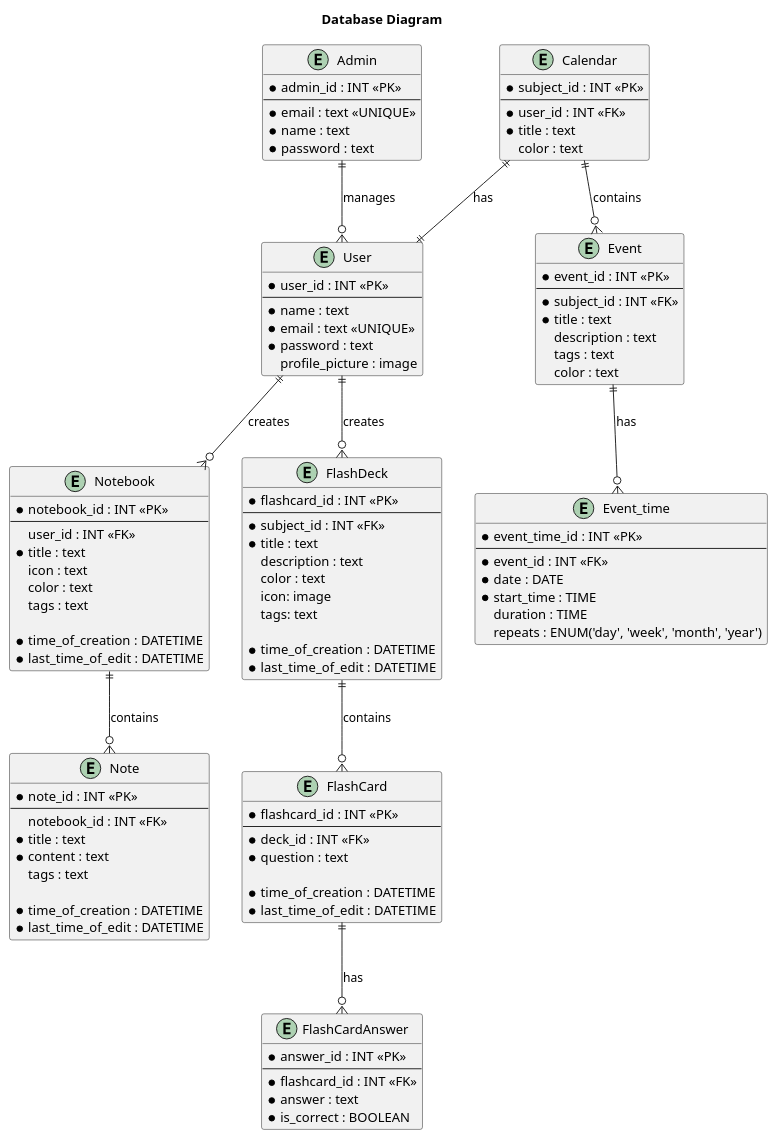
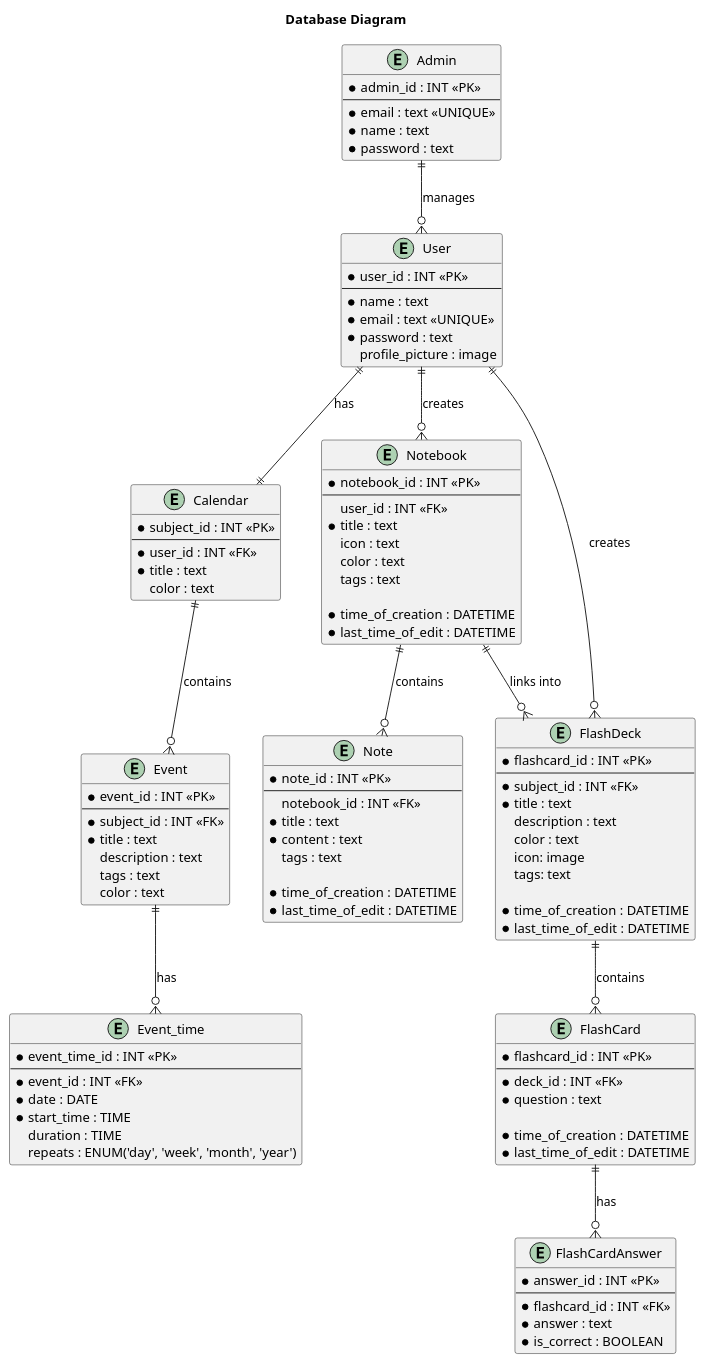
One commit to xbugar/web_dev changed the diagram in DataBaseConcept.puml. Above: the diagram before and after it, drawn with PlantUML.

Commit message:
fix(database): notebook link

```diff
--- a/DataBaseConcept.puml
+++ b/DataBaseConcept.puml
@@ -1,118 +1,119 @@
 @startuml
 skinparam shadowing false
 
 title Database Diagram
 
 entity User {
     * user_id : INT <<PK>>
     --
     * name : text
     * email : text <<UNIQUE>>
     * password : text
     profile_picture : image
 }
 
 entity Admin {
     * admin_id : INT <<PK>>
     --
     * email : text <<UNIQUE>>
     * name : text
     * password : text
 }
 
 entity Notebook {
     * notebook_id : INT <<PK>>
     --
     user_id : INT <<FK>>
     * title : text
     icon : text
     color : text
     tags : text
 
     * time_of_creation : DATETIME
     * last_time_of_edit : DATETIME
 }
 
 entity Note {
     * note_id : INT <<PK>>
     --
     notebook_id : INT <<FK>>
     * title : text
     * content : text
     tags : text
 
     * time_of_creation : DATETIME
     * last_time_of_edit : DATETIME
 }
 
 entity Calendar {
     * subject_id : INT <<PK>>
     --
     *user_id : INT <<FK>>
     * title : text
     color : text
 }
 
 entity Event {
     * event_id : INT <<PK>>
     --
     * subject_id : INT <<FK>>
     * title : text
     description : text
     tags : text
     color : text
 }
 
 entity Event_time {
     * event_time_id : INT <<PK>>
     --
     * event_id : INT <<FK>>
     * date : DATE
     * start_time : TIME
     duration : TIME
     repeats : ENUM('day', 'week', 'month', 'year')
 }
 
 entity FlashDeck {
     * flashcard_id : INT <<PK>>
     --
     * subject_id : INT <<FK>>
     * title : text
     description : text
     color : text
     icon: image
     tags: text
 
     * time_of_creation : DATETIME
     * last_time_of_edit : DATETIME
 }
 
 entity FlashCard {
     * flashcard_id : INT <<PK>>
     --
     * deck_id : INT <<FK>>
     * question : text
 
     * time_of_creation : DATETIME
     * last_time_of_edit : DATETIME
 }
 
 entity FlashCardAnswer {
     * answer_id : INT <<PK>>
     --
     * flashcard_id : INT <<FK>>
     * answer : text
     * is_correct : BOOLEAN
 }
 
 Admin       ||--o{ User             : manages
 User        ||--o{ Notebook         : creates
 Notebook    ||--o{ Note             : contains
-Calendar    ||--|| User             : has
+User        ||--|| Calendar         : has
 Calendar    ||--o{ Event            : contains
 Event       ||--o{ Event_time       : has
 User        ||--o{ FlashDeck        : creates
 FlashDeck   ||--o{ FlashCard        : contains
 FlashCard   ||--o{ FlashCardAnswer  : has
+Notebook    ||--o{ FlashDeck        : links into
 
 @enduml
```
